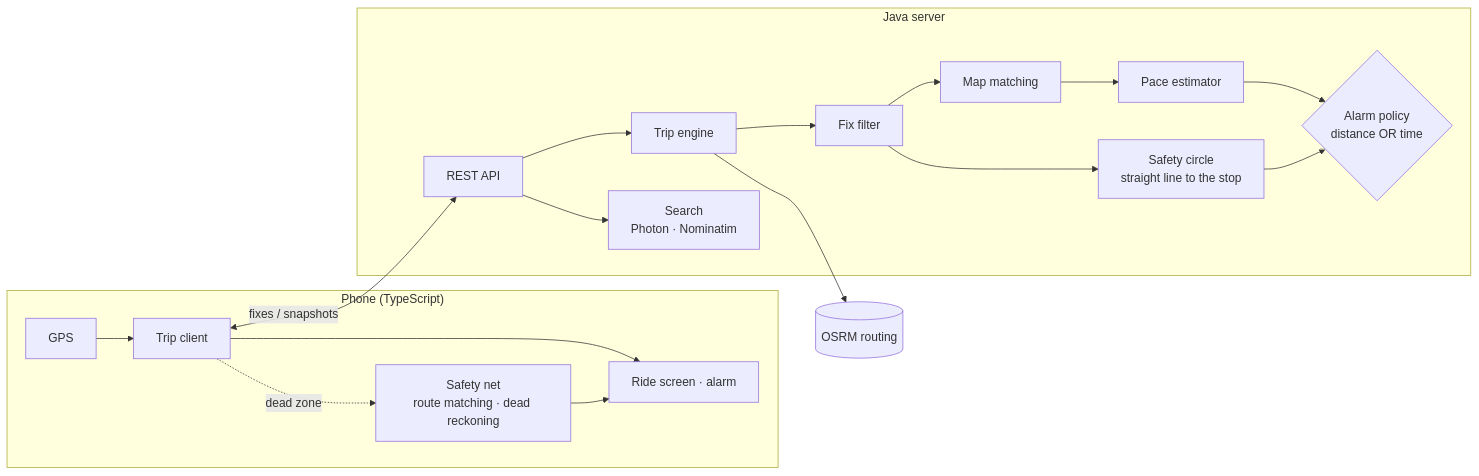
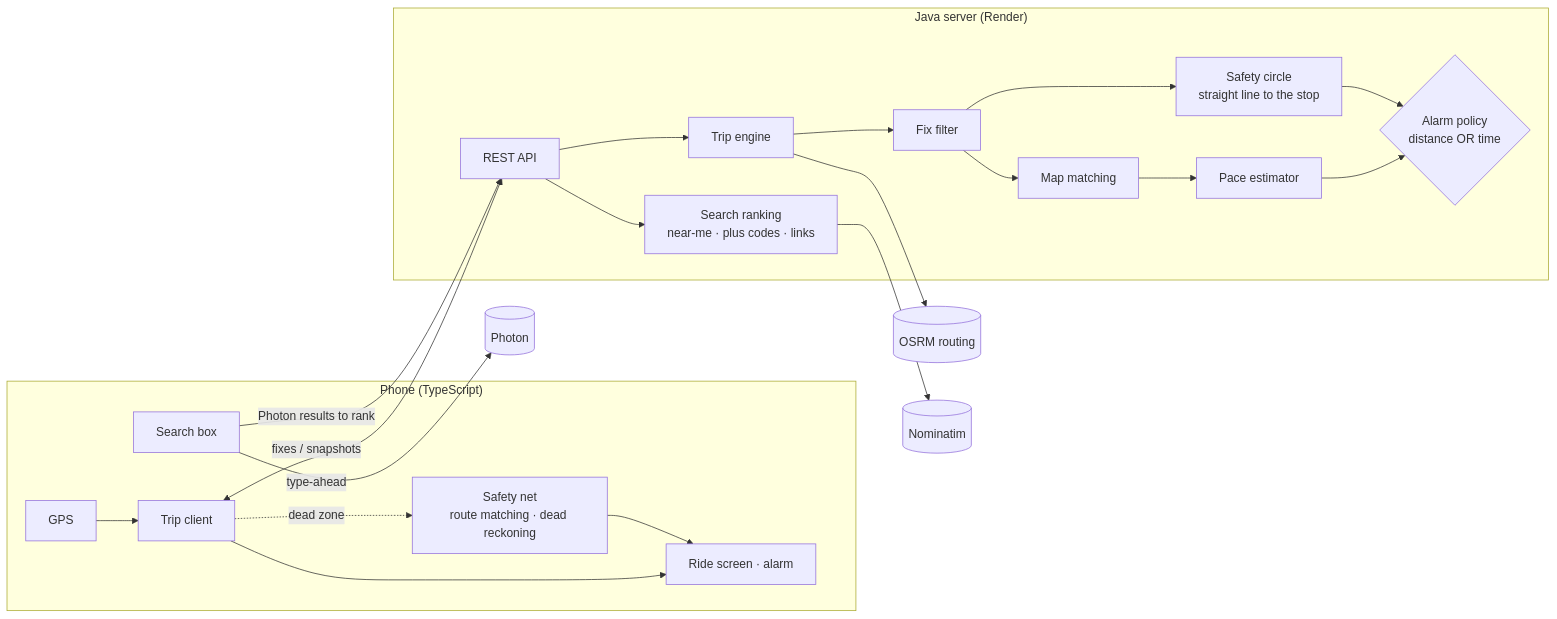
Before and after one commit to chauhansachin13/hibernate-express: the diagram in README.md, drawn with Mermaid. The commit also changed other lines of this file, not shown here.

First line of the commit message:
README: live app links, Render + Netlify deployment, search flow

````diff
--- a/README.md
+++ b/README.md
@@ -92,17 +105,21 @@
 ```mermaid
 flowchart LR
   subgraph Phone["Phone (TypeScript)"]
     GPS[GPS] --> TC[Trip client]
     TC --> UI[Ride screen · alarm]
     TC -. dead zone .-> SN[Safety net<br/>route matching · dead reckoning]
     SN --> UI
+    SB[Search box]
   end
-  subgraph Server["Java server"]
+  subgraph Server["Java server (Render)"]
     API[REST API] --> E[Trip engine]
     E --> FF[Fix filter] --> MM[Map matching] --> PE[Pace estimator] --> AP{Alarm policy<br/>distance OR time}
     FF --> SC[Safety circle<br/>straight line to the stop] --> AP
-    API --> S[Search<br/>Photon · Nominatim]
+    API --> S[Search ranking<br/>near-me · plus codes · links]
   end
   TC <-->|fixes / snapshots| API
+  SB -->|type-ahead| PH[(Photon)]
+  SB -->|Photon results to rank| API
   E --> OSRM[(OSRM routing)]
+  S --> NOM[(Nominatim)]
 ```
````
